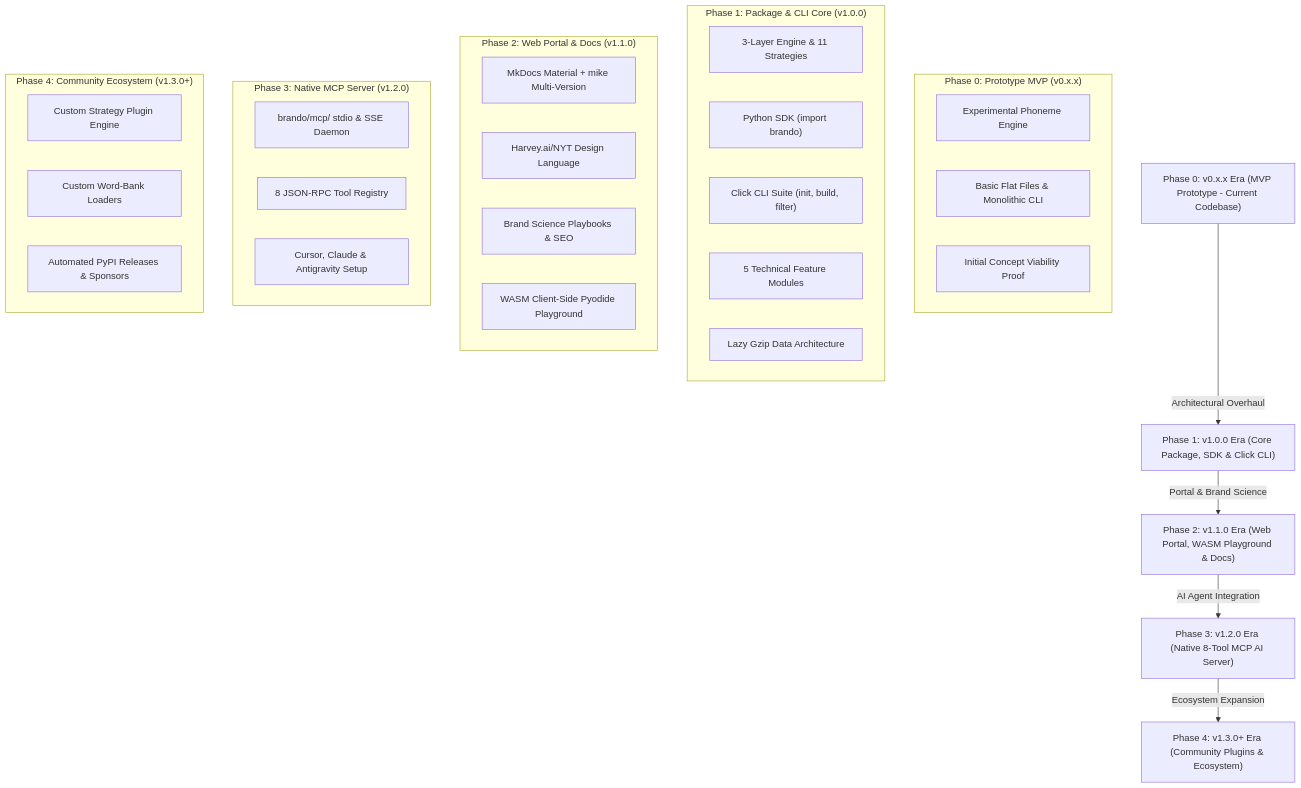
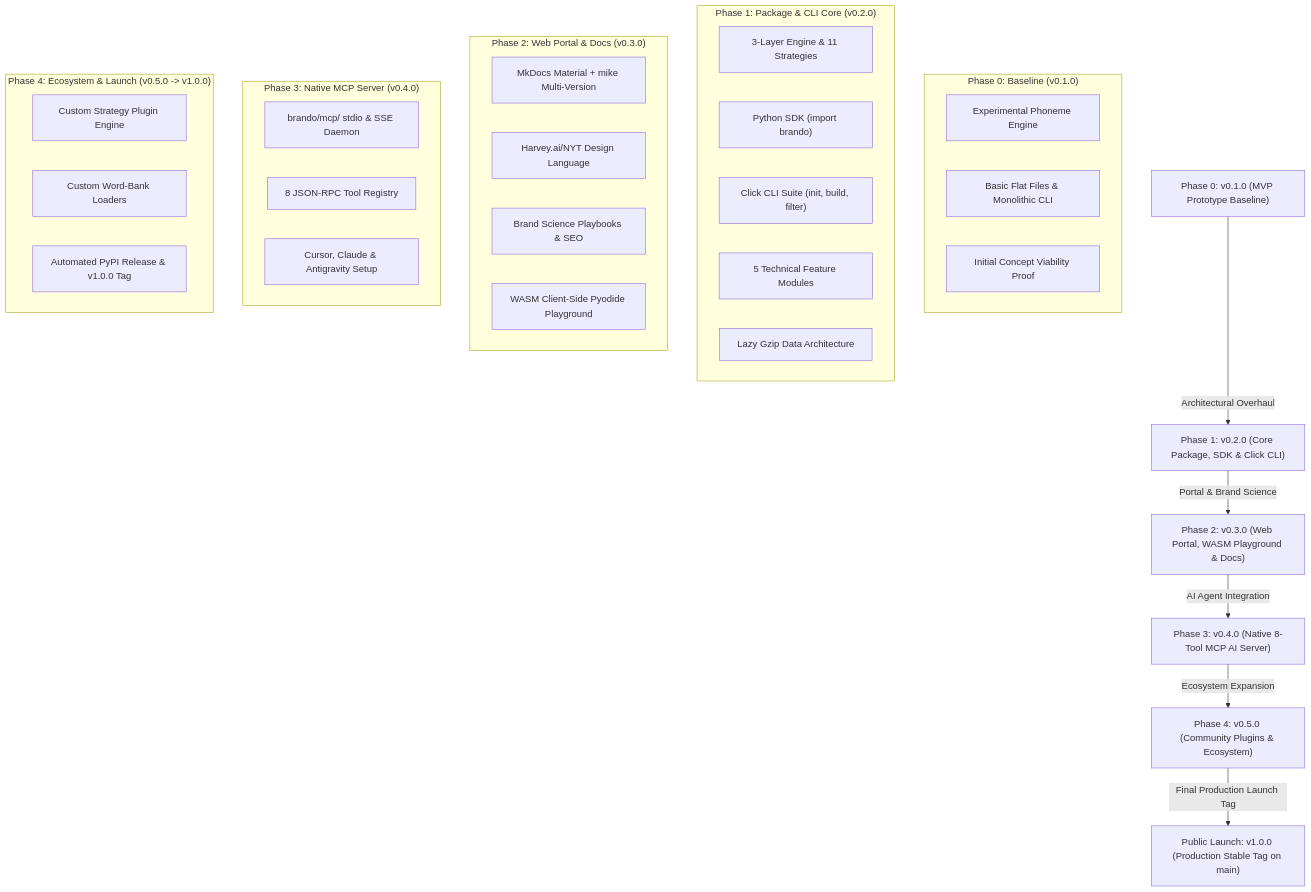
One commit to mrxsierra/brando changed the diagram in docs/PRD.md. Above: the diagram before and after it, drawn with Mermaid. The commit also changed other lines of this file and 1 other file, not shown here.

Commit message:
docs: align PRD Section 2 with v0.1.0 baseline and v0.2.0-v0.5.0 pre-release sequence

````diff
--- a/docs/PRD.md
+++ b/docs/PRD.md
@@ -26,40 +26,41 @@
 ```mermaid
 graph TD
-    A["Phase 0: v0.x.x Era (MVP Prototype - Current Codebase)"] -->|Architectural Overhaul| B["Phase 1: v1.0.0 Era (Core Package, SDK & Click CLI)"]
-    B -->|Portal & Brand Science| C["Phase 2: v1.1.0 Era (Web Portal, WASM Playground & Docs)"]
-    C -->|AI Agent Integration| D["Phase 3: v1.2.0 Era (Native 8-Tool MCP AI Server)"]
-    D -->|Ecosystem Expansion| E["Phase 4: v1.3.0+ Era (Community Plugins & Ecosystem)"]
+    A["Phase 0: v0.1.0 (MVP Prototype Baseline)"] -->|Architectural Overhaul| B["Phase 1: v0.2.0 (Core Package, SDK & Click CLI)"]
+    B -->|Portal & Brand Science| C["Phase 2: v0.3.0 (Web Portal, WASM Playground & Docs)"]
+    C -->|AI Agent Integration| D["Phase 3: v0.4.0 (Native 8-Tool MCP AI Server)"]
+    D -->|Ecosystem Expansion| E["Phase 4: v0.5.0 (Community Plugins & Ecosystem)"]
+    E -->|Final Production Launch Tag| F["Public Launch: v1.0.0 (Production Stable Tag on main)"]
     
-    subgraph "Phase 0: Prototype MVP (v0.x.x)"
+    subgraph "Phase 0: Baseline (v0.1.0)"
         A1["Experimental Phoneme Engine"]
         A2["Basic Flat Files & Monolithic CLI"]
         A3["Initial Concept Viability Proof"]
     end
     
-    subgraph "Phase 1: Package & CLI Core (v1.0.0)"
+    subgraph "Phase 1: Package & CLI Core (v0.2.0)"
         B1["3-Layer Engine & 11 Strategies"]
         B2["Python SDK (import brando)"]
         B3["Click CLI Suite (init, build, filter)"]
         B4["5 Technical Feature Modules"]
         B5["Lazy Gzip Data Architecture"]
     end
     
-    subgraph "Phase 2: Web Portal & Docs (v1.1.0)"
+    subgraph "Phase 2: Web Portal & Docs (v0.3.0)"
         C1["MkDocs Material + mike Multi-Version"]
         C2["Harvey.ai/NYT Design Language"]
         C3["Brand Science Playbooks & SEO"]
         C4["WASM Client-Side Pyodide Playground"]
     end
     
-    subgraph "Phase 3: Native MCP Server (v1.2.0)"
+    subgraph "Phase 3: Native MCP Server (v0.4.0)"
         D1["brando/mcp/ stdio & SSE Daemon"]
         D2["8 JSON-RPC Tool Registry"]
         D3["Cursor, Claude & Antigravity Setup"]
     end
     
-    subgraph "Phase 4: Community Ecosystem (v1.3.0+)"
+    subgraph "Phase 4: Ecosystem & Launch (v0.5.0 -> v1.0.0)"
         E1["Custom Strategy Plugin Engine"]
         E2["Custom Word-Bank Loaders"]
-        E3["Automated PyPI Releases & Sponsors"]
+        E3["Automated PyPI Release & v1.0.0 Tag"]
     end
 ```
````
